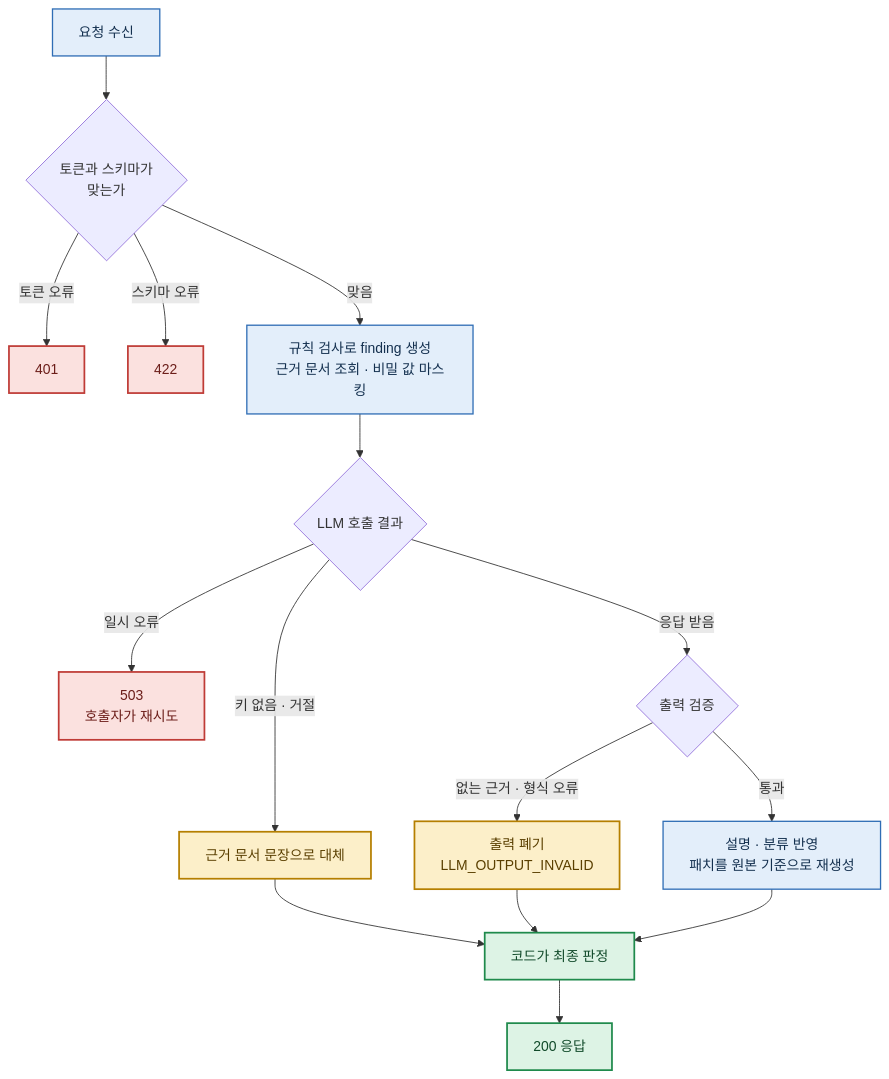
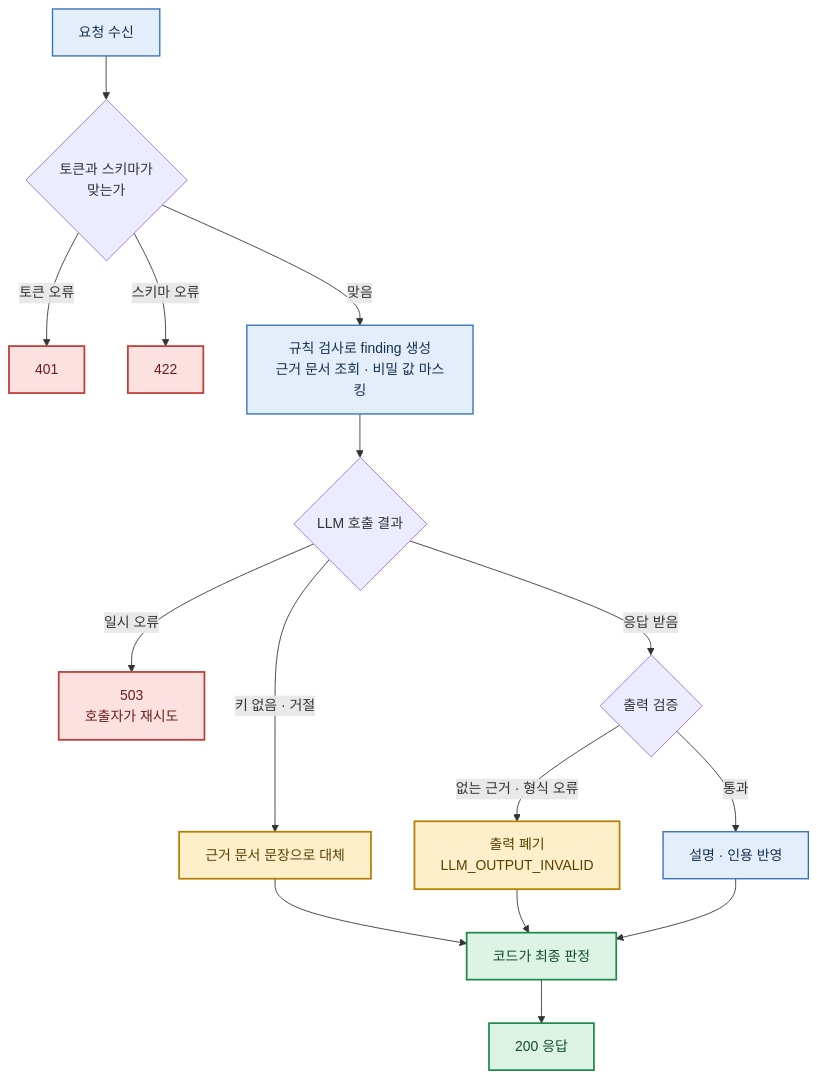
The diagram in services/delta-ai/docs/diagrams/03-flow.mmd (2026-sbh-delta/delta-network-gateway), drawn with Mermaid before and after one commit. The commit also changed 38 other files, not shown here.

```diff
--- a/services/delta-ai/docs/diagrams/03-flow.mmd
+++ b/services/delta-ai/docs/diagrams/03-flow.mmd
@@ -1,23 +1,23 @@
 flowchart TD
   req["요청 수신"]:::built --> valid{"토큰과 스키마가<br/>맞는가"}
   valid -- "토큰 오류" --> e401["401"]:::bad
   valid -- "스키마 오류" --> e422["422"]:::bad
   valid -- "맞음" --> rules["규칙 검사로 finding 생성<br/>근거 문서 조회 · 비밀 값 마스킹"]:::built
   rules --> llmcall{"LLM 호출 결과"}
   llmcall -- "일시 오류" --> e503["503<br/>호출자가 재시도"]:::bad
   llmcall -- "키 없음 · 거절" --> fb["근거 문서 문장으로 대체"]:::warn
   llmcall -- "응답 받음" --> check{"출력 검증"}
   check -- "없는 근거 · 형식 오류" --> invalid["출력 폐기<br/>LLM_OUTPUT_INVALID"]:::warn
-  check -- "통과" --> apply["설명 · 분류 반영<br/>패치를 원본 기준으로 재생성"]:::built
+  check -- "통과" --> apply["설명 · 인용 반영"]:::built
   fb --> decide["코드가 최종 판정"]:::ok
   invalid --> decide
   apply --> decide
   decide --> res["200 응답"]:::ok
 
   classDef built fill:#E3EEFA,stroke:#2F6DB5,stroke-width:1.5px,color:#14304F
   classDef planned fill:#F4F5F7,stroke:#7C8794,stroke-width:1.5px,stroke-dasharray:6 4,color:#39424D
   classDef ext fill:#FFF1DC,stroke:#C77700,stroke-width:1.5px,color:#5A3600
   classDef store fill:#E8F5EE,stroke:#3C8A63,stroke-width:1.5px,color:#1D4532
   classDef ok fill:#DDF3E5,stroke:#1F8A4C,stroke-width:2px,color:#114A2A
   classDef warn fill:#FCEFC9,stroke:#B57F00,stroke-width:2px,color:#5A3F00
   classDef bad fill:#FBE1DF,stroke:#BF3B36,stroke-width:2px,color:#6C1E1A
```
